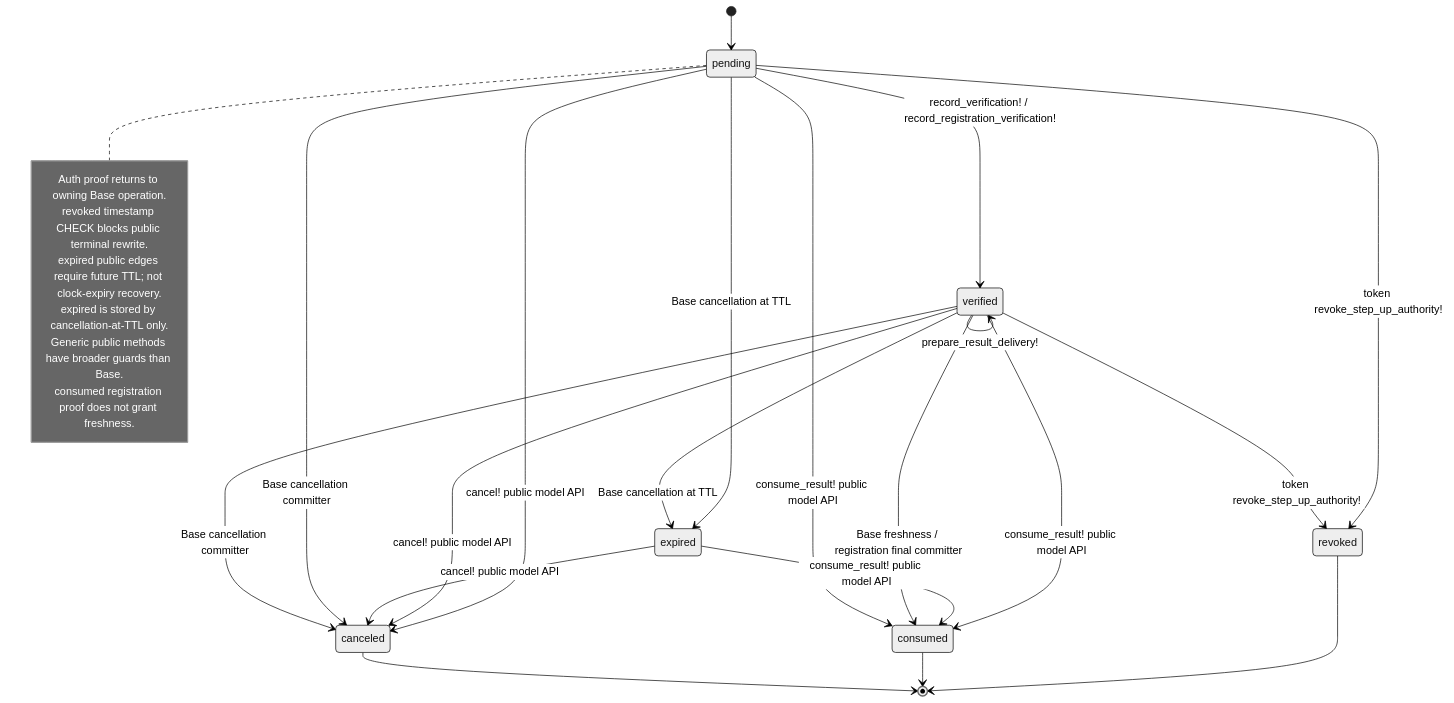
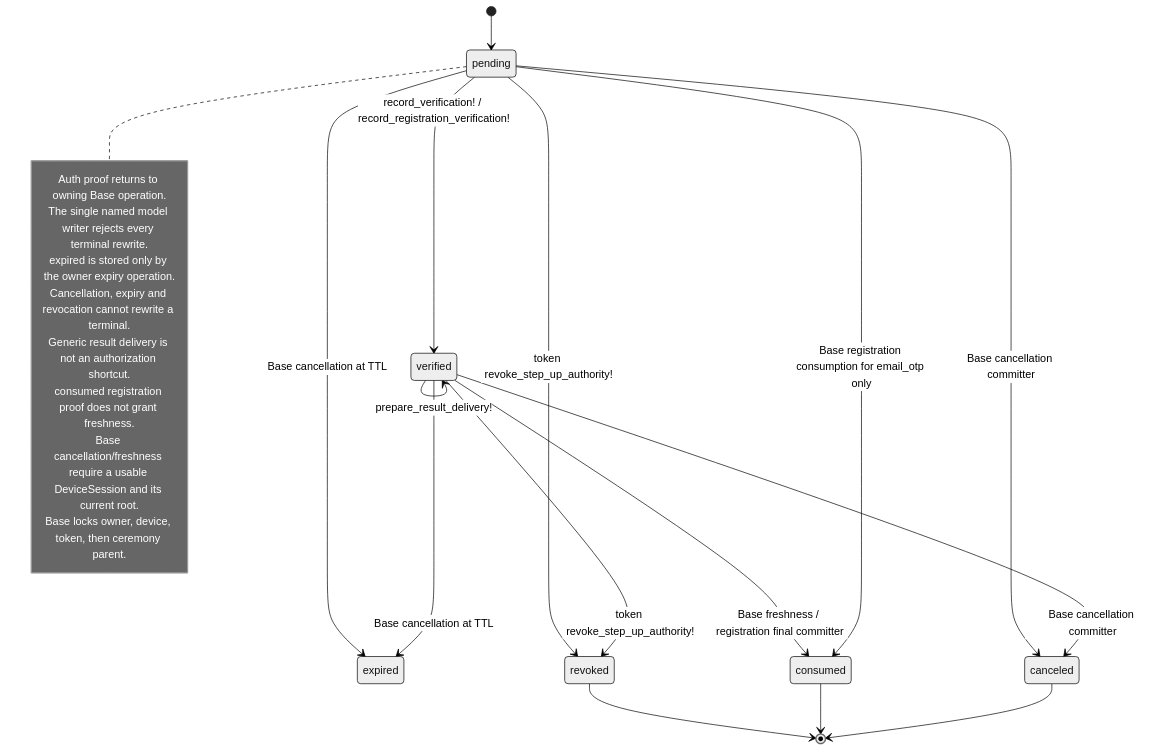
One commit to seahal/umaxica-apps-jit-global changed the diagram in docs/mermaid/idp-operator-step-up-ceremony.mmd. Above: the diagram before and after it, drawn with Mermaid (neutral theme). The commit also changed 750 other files, not shown here.

```diff
--- a/docs/mermaid/idp-operator-step-up-ceremony.mmd
+++ b/docs/mermaid/idp-operator-step-up-ceremony.mmd
@@ -1,35 +1,33 @@
 stateDiagram-v2
     %% CURRENT implementation; sources and guards in transition inventory.
     state "pending" as pending
     state "verified" as verified
     state "consumed" as consumed
     state "canceled" as canceled
     state "expired" as expired
     state "revoked" as revoked
-    pending --> canceled: cancel! public model API
-    verified --> consumed: consume_result! public model API
-    verified --> canceled: cancel! public model API
-    expired --> consumed: consume_result! public model API
-    expired --> canceled: cancel! public model API
+    %% expired, canceled and revoked are absorbing terminal states.
     [*] --> pending
     pending --> verified: record_verification! / record_registration_verification!
     verified --> verified: prepare_result_delivery!
     pending --> canceled: Base cancellation committer
     pending --> expired: Base cancellation at TTL
     pending --> revoked: token revoke_step_up_authority!
     verified --> canceled: Base cancellation committer
     verified --> expired: Base cancellation at TTL
     verified --> revoked: token revoke_step_up_authority!
     verified --> consumed: Base freshness / registration final committer
-    pending --> consumed: consume_result! public model API
+    pending --> consumed: Base registration consumption for email_otp only
     revoked --> [*]
     consumed --> [*]
     canceled --> [*]
     note right of pending
         Auth proof returns to owning Base operation.
-        revoked timestamp CHECK blocks public terminal rewrite.
-        expired public edges require future TTL; not clock-expiry recovery.
-        expired is stored by cancellation-at-TTL only.
-        Generic public methods have broader guards than Base.
+        The single named model writer rejects every terminal rewrite.
+        expired is stored only by the owner expiry operation.
+        Cancellation, expiry and revocation cannot rewrite a terminal.
+        Generic result delivery is not an authorization shortcut.
         consumed registration proof does not grant freshness.
+        Base cancellation/freshness require a usable DeviceSession and its current root.
+        Base locks owner, device, token, then ceremony parent.
     end note
```
